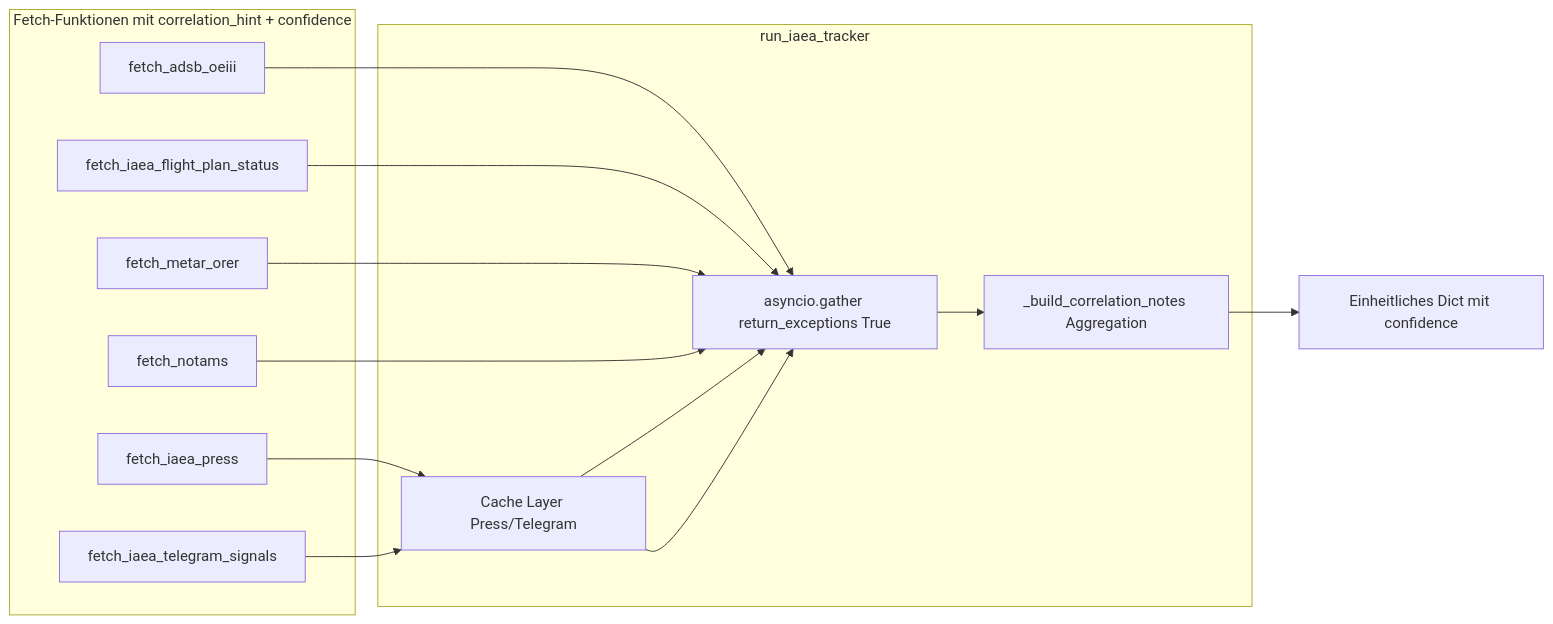
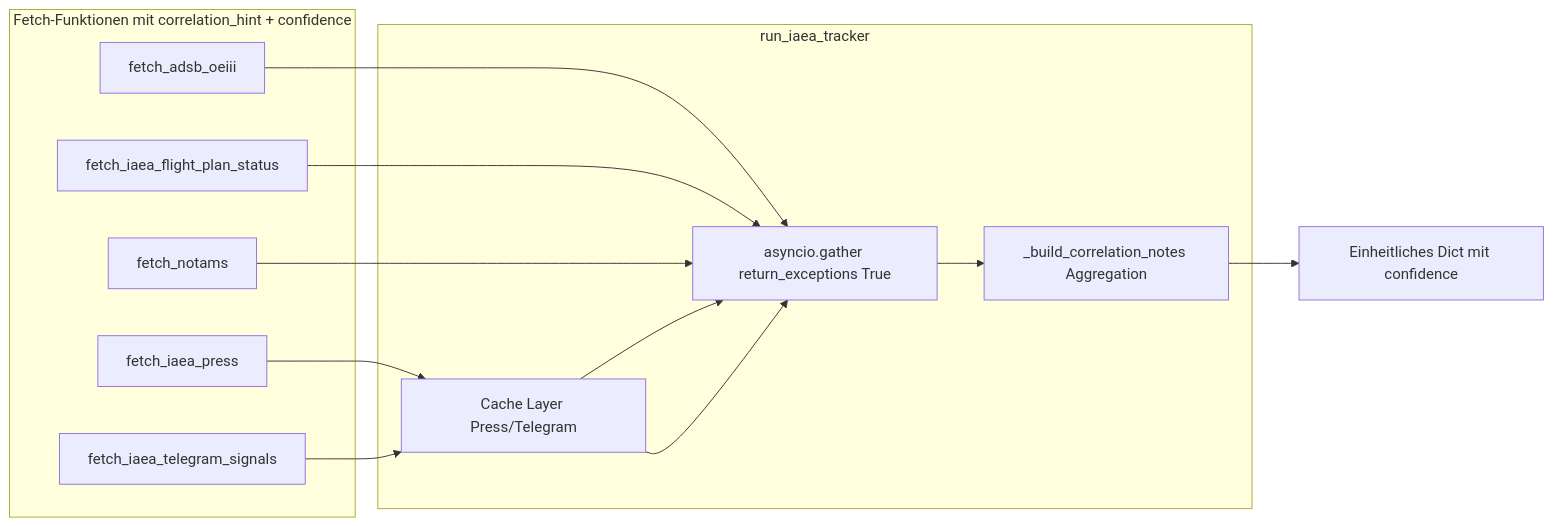
The diagram in docs/IAEA-TRACKER-MULTISENSOR-PLAN.md (lina767/digital-war-room), drawn with Mermaid before and after one commit. The commit also changed other lines of this file and 20 other files, not shown here.

````diff
--- a/docs/IAEA-TRACKER-MULTISENSOR-PLAN.md
+++ b/docs/IAEA-TRACKER-MULTISENSOR-PLAN.md
@@ -105,24 +96,22 @@
 ```mermaid
 flowchart LR
   subgraph fetchers [Fetch-Funktionen mit correlation_hint + confidence]
     A[fetch_adsb_oeiii]
     B[fetch_iaea_flight_plan_status]
-    C[fetch_metar_orer]
     D[fetch_notams]
     E[fetch_iaea_press]
     F[fetch_iaea_telegram_signals]
   end
   subgraph run [run_iaea_tracker]
     G[asyncio.gather return_exceptions True]
     H[Cache Layer Press/Telegram]
     I[_build_correlation_notes Aggregation]
   end
   A --> G
   B --> G
-  C --> G
   D --> G
   E --> H --> G
   F --> H --> G
   G --> I
   I --> J[Einheitliches Dict mit confidence]
 ```
````
